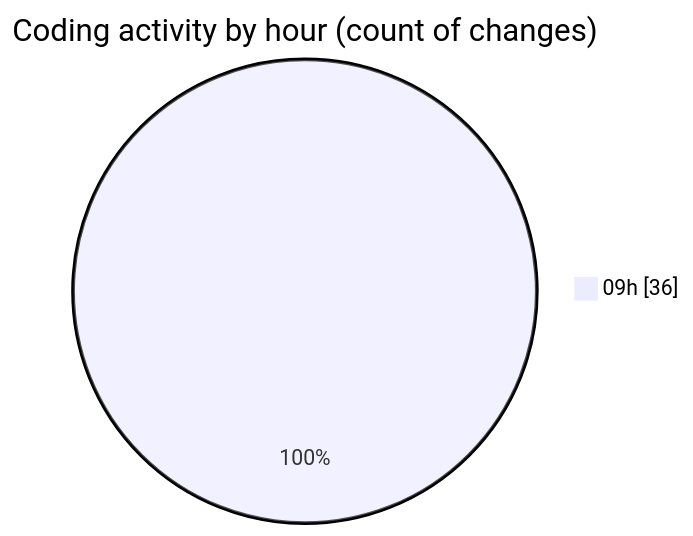
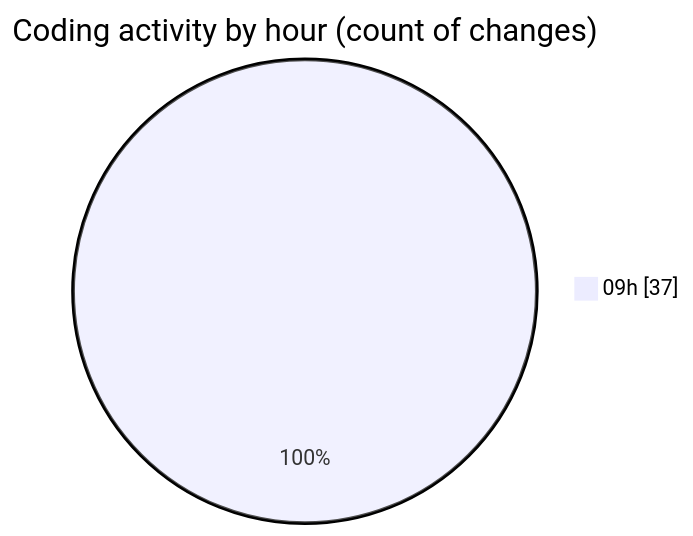
One commit to momahboobian/code-tracking changed the second of 2 diagrams in 2025-02-12/cda/README.md. Above: the diagram before and after it, drawn with Mermaid. The commit also changed other lines of this file and 1 other file, not shown here.

````diff
--- a/2025-02-12/cda/README.md
+++ b/2025-02-12/cda/README.md
@@ -29,5 +29,5 @@
 ```mermaid
 pie showData
 title Coding activity by hour (count of changes)
-"09h" : 36
+"09h" : 37
 ```
````
